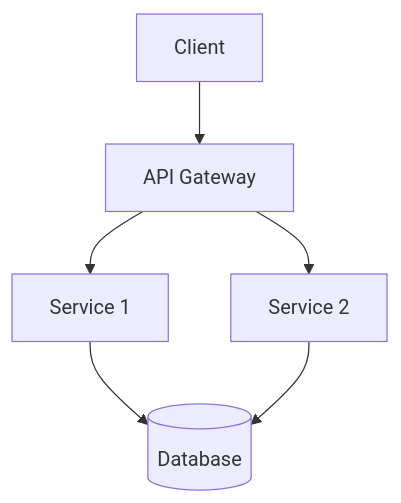
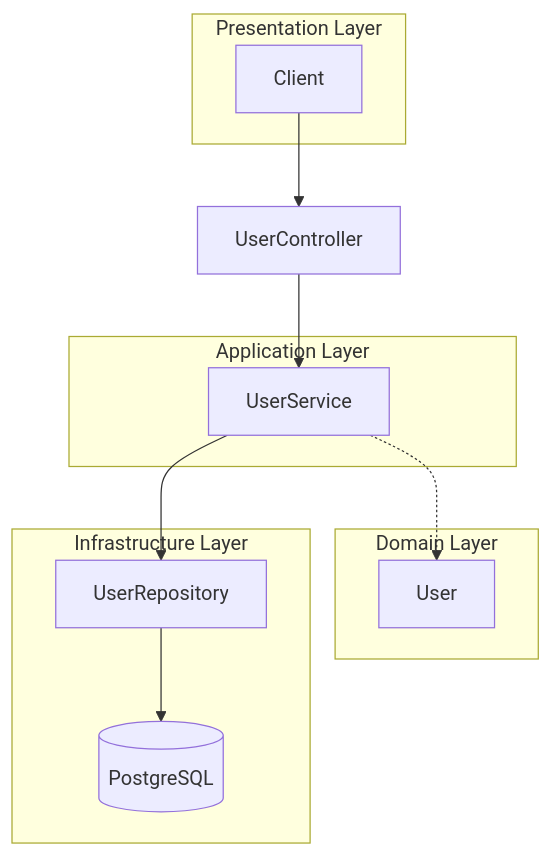
The diagram in memory-bank/systemPatterns.md (rajat9garg/binding), drawn with Mermaid before and after one commit. The commit also changed other lines of this file and 33 other files, not shown here.

Commit message:
added user registration APi

````diff
--- a/memory-bank/systemPatterns.md
+++ b/memory-bank/systemPatterns.md
@@ -21,8 +25,26 @@
 ```mermaid
 graph TD
-    A[Client] --> B[API Gateway]
-    B --> C[Service 1]
-    B --> D[Service 2]
-    C --> E[(Database)]
-    D --> E
+    A[Client] --> B[UserController]
+    B --> C[UserService]
+    C --> D[UserRepository]
+    D --> E[(PostgreSQL)]
+    
+    subgraph Presentation Layer
+    A
+    end
+    
+    subgraph Application Layer
+    C
+    end
+    
+    subgraph Domain Layer
+    F[User]
+    end
+    
+    subgraph Infrastructure Layer
+    D
+    E
+    end
+    
+    C -.-> F
 ```
````
